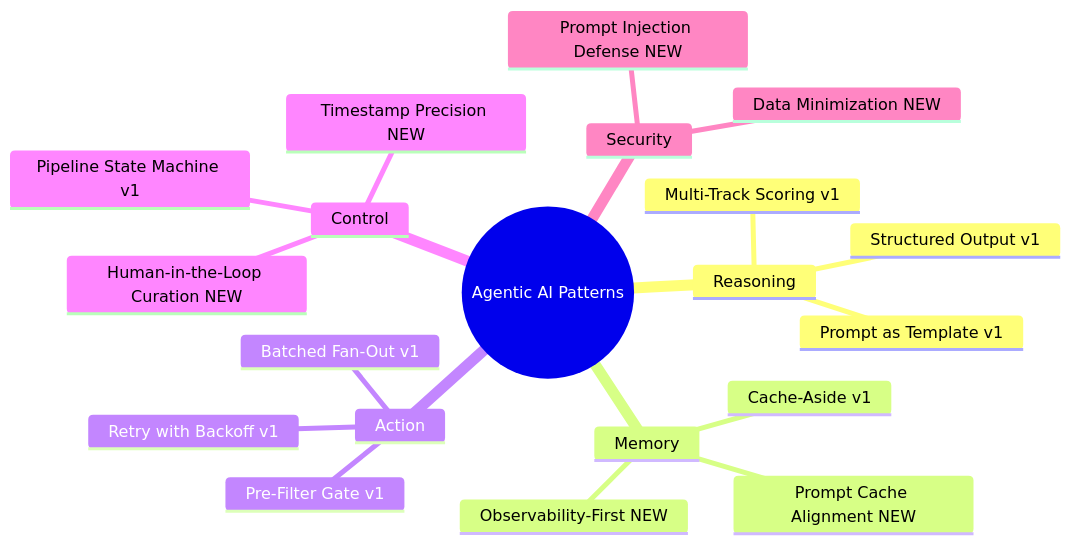
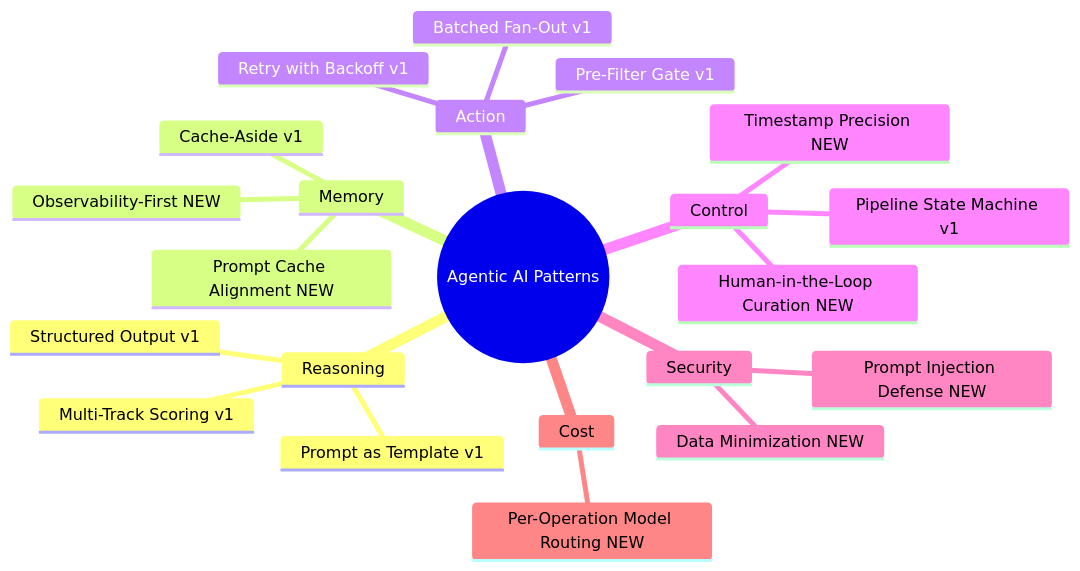
Before and after one commit to suthrams/jobsearchagent-v2: the first of 11 diagrams in docs/blog_draft_patterns_v2.md, drawn with Mermaid. The commit also changed other lines of this file, not shown here.

````diff
--- a/docs/blog_draft_patterns_v2.md
+++ b/docs/blog_draft_patterns_v2.md
@@ -55,23 +44,25 @@
 ```mermaid
 mindmap
   root((Agentic AI Patterns))
     Reasoning
       Structured Output v1
       Multi-Track Scoring v1
       Prompt as Template v1
     Memory
       Cache-Aside v1
       Prompt Cache Alignment NEW
       Observability-First NEW
     Action
       Batched Fan-Out v1
       Retry with Backoff v1
       Pre-Filter Gate v1
     Control
       Pipeline State Machine v1
       Human-in-the-Loop Curation NEW
       Timestamp Precision NEW
     Security
       Prompt Injection Defense NEW
       Data Minimization NEW
+    Cost
+      Per-Operation Model Routing NEW
 ```
````
